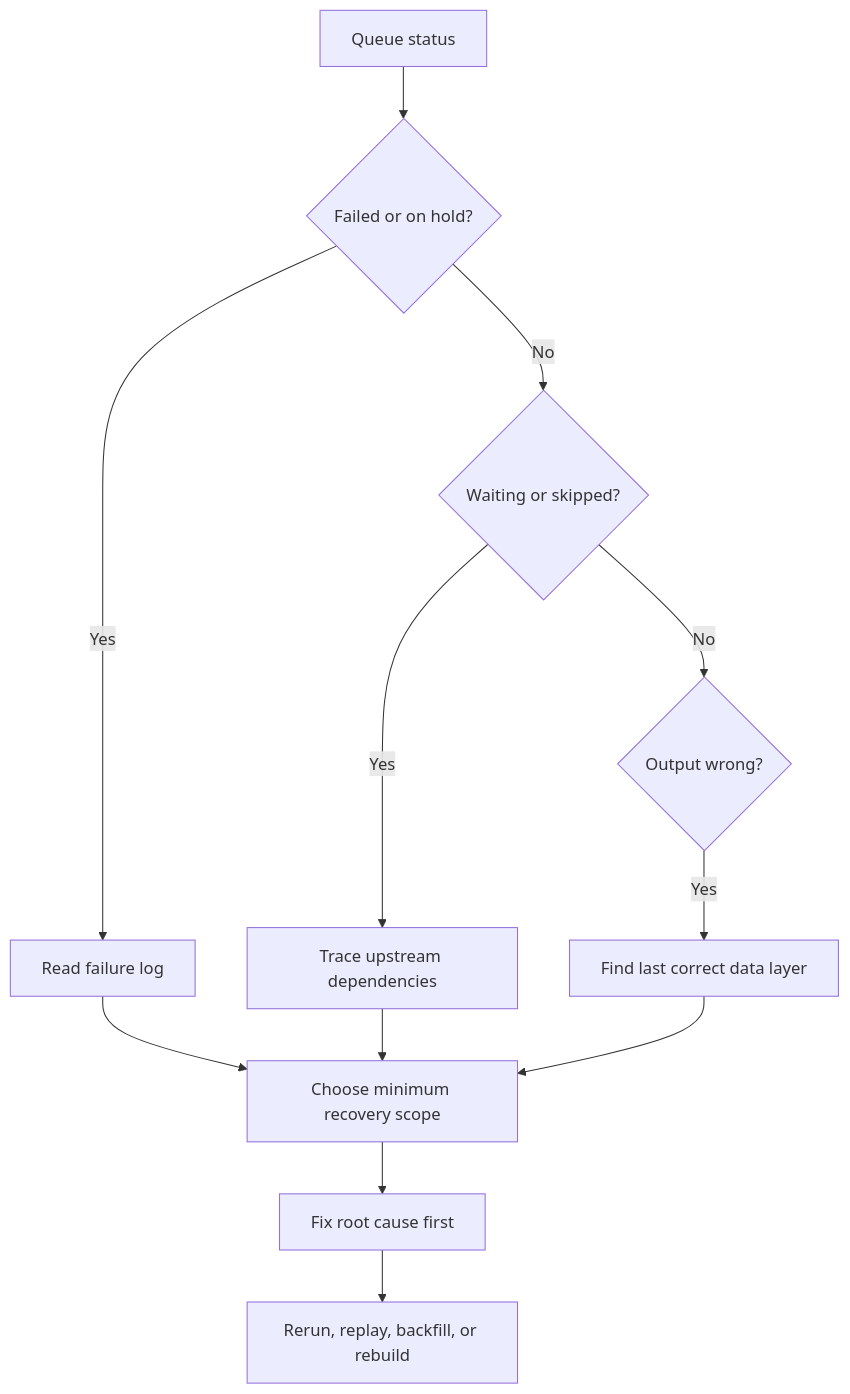
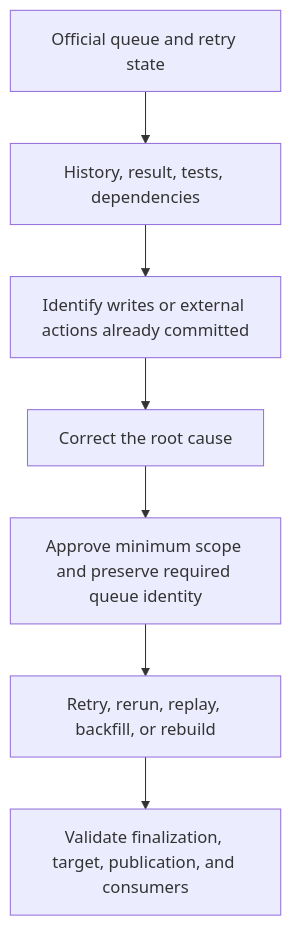
One commit to dchannon/Culina-Academy changed the diagram in docs/troubleshooting/diagnostic-queries.md. Above: the diagram before and after it, drawn with Mermaid. The commit also changed other lines of this file and 74 other files, not shown here.

````diff
--- a/docs/troubleshooting/diagnostic-queries.md
+++ b/docs/troubleshooting/diagnostic-queries.md
@@ -148,14 +168,9 @@
 ```mermaid
 flowchart TD
-  Status["Queue status"] --> Failed{"Failed or on hold?"}
-  Failed -->|Yes| Failure["Read failure log"]
-  Failed -->|No| Waiting{"Waiting or skipped?"}
-  Waiting -->|Yes| Dependency["Trace upstream dependencies"]
-  Waiting -->|No| Output{"Output wrong?"}
-  Output -->|Yes| Layers["Find last correct data layer"]
-  Failure --> Scope["Choose minimum recovery scope"]
-  Dependency --> Scope
-  Layers --> Scope
-  Scope --> Fix["Fix root cause first"]
-  Fix --> Recover["Rerun, replay, backfill, or rebuild"]
+  Status["Official queue and retry state"] --> Evidence["History, result, tests, dependencies"]
+  Evidence --> Commit["Identify writes or external actions already committed"]
+  Commit --> Fix["Correct the root cause"]
+  Fix --> Scope["Approve minimum scope and preserve required queue identity"]
+  Scope --> Recover["Retry, rerun, replay, backfill, or rebuild"]
+  Recover --> Verify["Validate finalization, target, publication, and consumers"]
 ```
````
